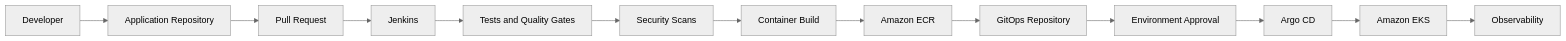
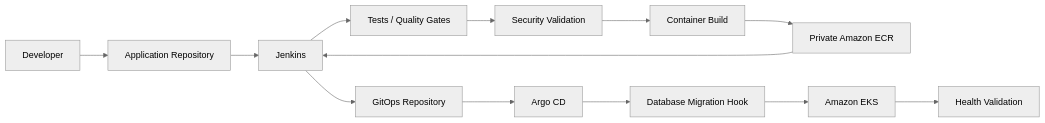
Before and after one commit to xtinead/platform-launchpad: the diagram in docs/cicd/cicd-design.md, drawn with Mermaid (neutral theme). The commit also changed other lines of this file and 24 other files, not shown here.

````diff
--- a/docs/cicd/cicd-design.md
+++ b/docs/cicd/cicd-design.md
@@ -102,29 +273,28 @@
 ```mermaid
 flowchart LR
     DEV[Developer]
-    APPREPO[Application Repository]
-    PR[Pull Request]
+    APP[Application Repository]
     JENKINS[Jenkins]
-    TESTS[Tests and Quality Gates]
-    SCANS[Security Scans]
+    TEST[Tests / Quality Gates]
+    SCAN[Security Validation]
     BUILD[Container Build]
-    ECR[Amazon ECR]
+    ECR[Private Amazon ECR]
     GITOPS[GitOps Repository]
-    APPROVAL[Environment Approval]
     ARGO[Argo CD]
+    MIGRATION[Database Migration Hook]
     EKS[Amazon EKS]
-    OBS[Observability]
+    VERIFY[Health Validation]
 
-    DEV --> APPREPO
-    APPREPO --> PR
-    PR --> JENKINS
-    JENKINS --> TESTS
-    TESTS --> SCANS
-    SCANS --> BUILD
+    DEV --> APP
+    APP --> JENKINS
+    JENKINS --> TEST
+    TEST --> SCAN
+    SCAN --> BUILD
     BUILD --> ECR
-    ECR --> GITOPS
-    GITOPS --> APPROVAL
-    APPROVAL --> ARGO
-    ARGO --> EKS
-    EKS --> OBS
+    ECR --> JENKINS
+    JENKINS --> GITOPS
+    GITOPS --> ARGO
+    ARGO --> MIGRATION
+    MIGRATION --> EKS
+    EKS --> VERIFY
 ```
````
